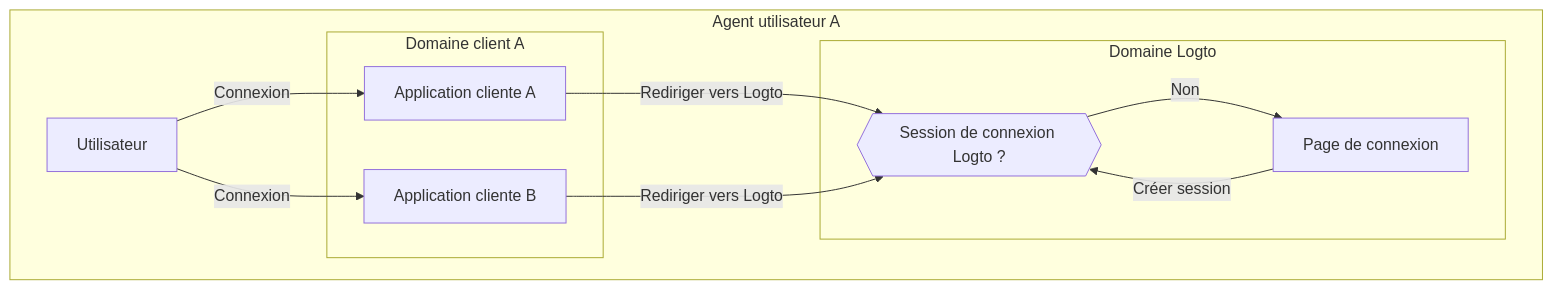
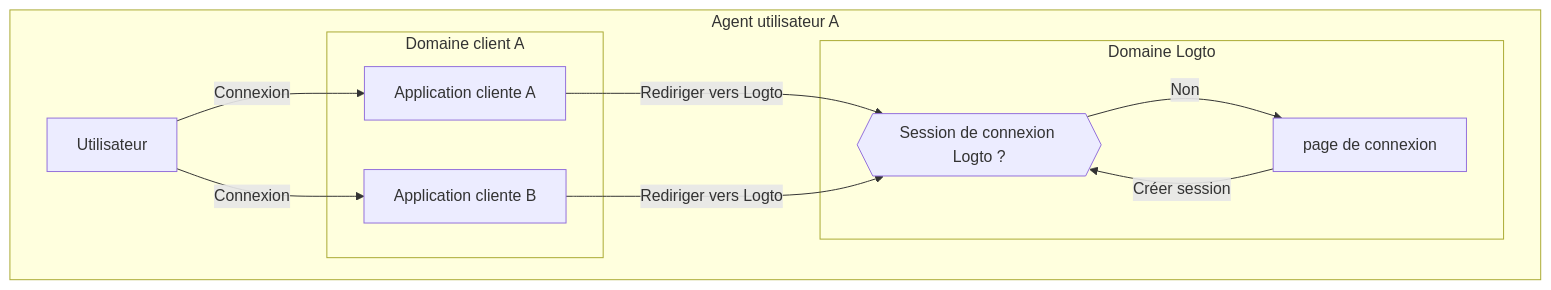
One commit to logto-io/docs changed the second of 3 diagrams in i18n/fr/docusaurus-plugin-content-docs/current/end-user-flows/sign-out.mdx. Above: the diagram before and after it, drawn with Mermaid. The commit also changed other lines of this file and 162 other files, not shown here.

````diff
--- a/i18n/fr/docusaurus-plugin-content-docs/current/end-user-flows/sign-out.mdx
+++ b/i18n/fr/docusaurus-plugin-content-docs/current/end-user-flows/sign-out.mdx
@@ -59,26 +59,26 @@
    ```mermaid
     flowchart TD
-    subgraph User [Agent utilisateur A]
+    subgraph Utilisateur [Agent utilisateur A]
       U[Utilisateur]
 
       subgraph Layer1 [Domaine client A]
         A[Application cliente A]
       end
 
       subgraph Layer1 [Domaine client B]
         B[Application cliente B]
       end
 
       subgraph Layer2 [Domaine Logto]
           C{{Session de connexion Logto ?}}
-          D[Page de connexion]
+          D[page de connexion]
       end
     end
 
     U --> |Connexion| A
     A --> |Rediriger vers Logto| C
     U --> |Connexion| B
     B --> |Rediriger vers Logto| C
     C --> |Non| D
     D --> |Créer session| C
    ```
````
